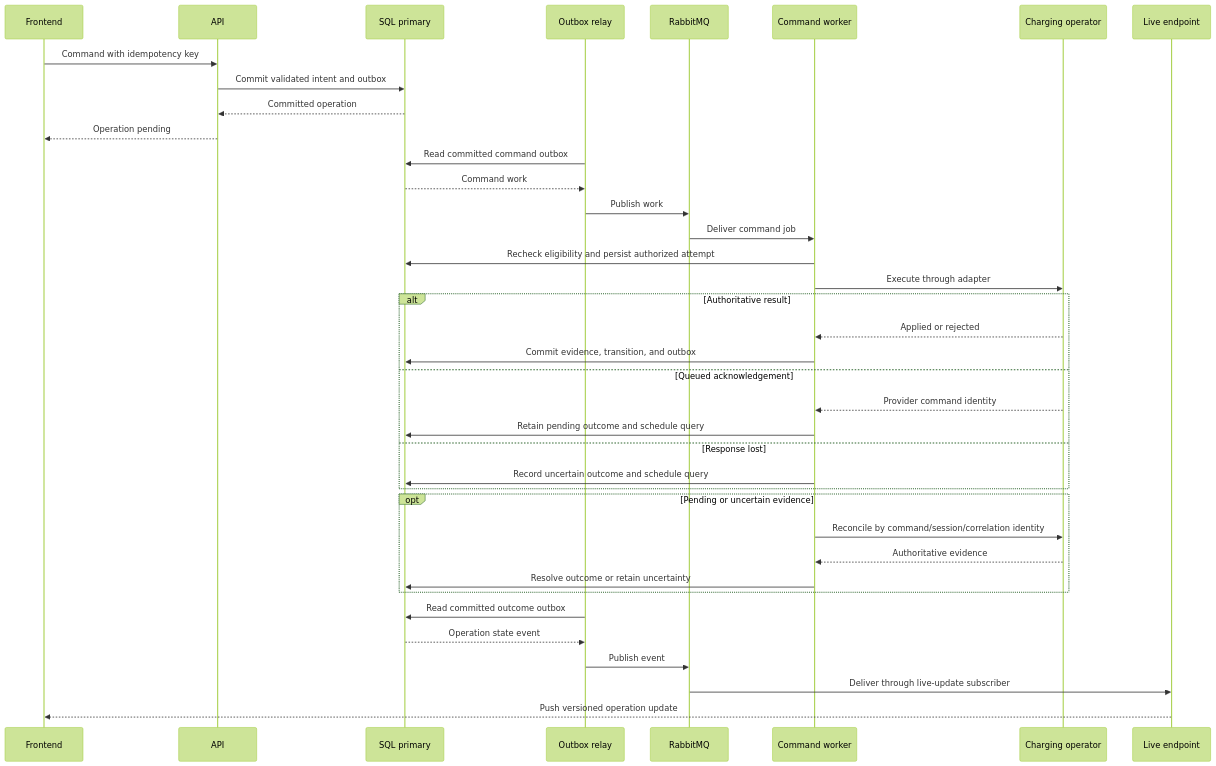
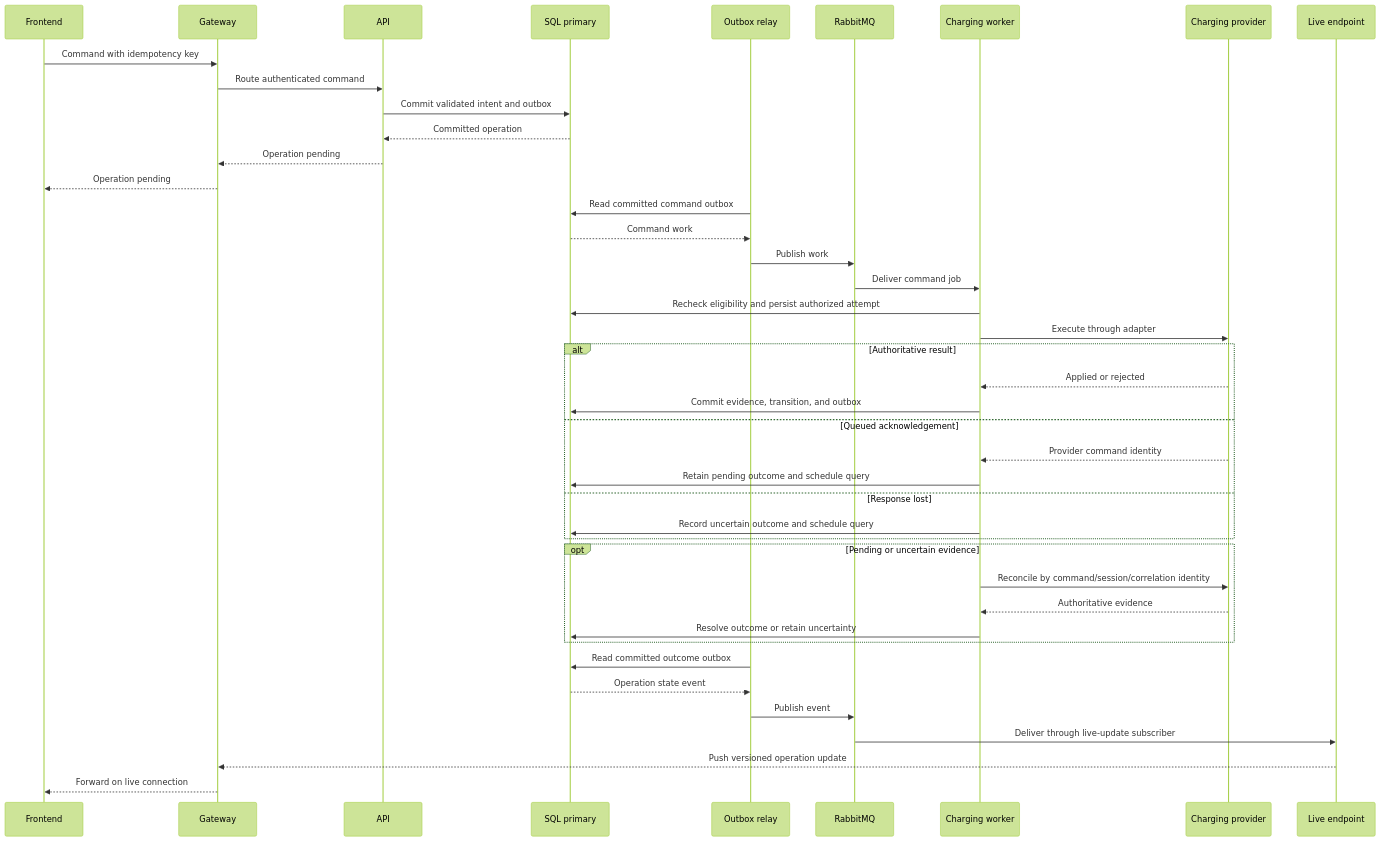
The third of 3 diagrams in docs/architecture.md (AFayziev/ev-charging-system-design-lab), drawn with Mermaid (forest theme) before and after one commit. The commit also changed other lines of this file and 91 other files, not shown here.

First line of the commit message:
feat(aspire): bootstrap gateway and independent worker hosts

````diff
--- a/docs/architecture.md
+++ b/docs/architecture.md
@@ -336,40 +306,44 @@
 ```mermaid
 sequenceDiagram
     participant UI as Frontend
+    participant G as Gateway
     participant API as API
     participant SQL as SQL primary
     participant R as Outbox relay
     participant B as RabbitMQ
-    participant W as Command worker
-    participant OP as Charging operator
+    participant W as Charging worker
+    participant OP as Charging provider
     participant L as Live endpoint
-    UI->>API: Command with idempotency key
+    UI->>G: Command with idempotency key
+    G->>API: Route authenticated command
     API->>SQL: Commit validated intent and outbox
     SQL-->>API: Committed operation
-    API-->>UI: Operation pending
+    API-->>G: Operation pending
+    G-->>UI: Operation pending
     R->>SQL: Read committed command outbox
     SQL-->>R: Command work
     R->>B: Publish work
     B->>W: Deliver command job
     W->>SQL: Recheck eligibility and persist authorized attempt
     W->>OP: Execute through adapter
     alt Authoritative result
         OP-->>W: Applied or rejected
         W->>SQL: Commit evidence, transition, and outbox
     else Queued acknowledgement
         OP-->>W: Provider command identity
         W->>SQL: Retain pending outcome and schedule query
     else Response lost
         W->>SQL: Record uncertain outcome and schedule query
     end
     opt Pending or uncertain evidence
         W->>OP: Reconcile by command/session/correlation identity
         OP-->>W: Authoritative evidence
         W->>SQL: Resolve outcome or retain uncertainty
     end
     R->>SQL: Read committed outcome outbox
     SQL-->>R: Operation state event
     R->>B: Publish event
     B->>L: Deliver through live-update subscriber
-    L-->>UI: Push versioned operation update
+    L-->>G: Push versioned operation update
+    G-->>UI: Forward on live connection
 ```
````
